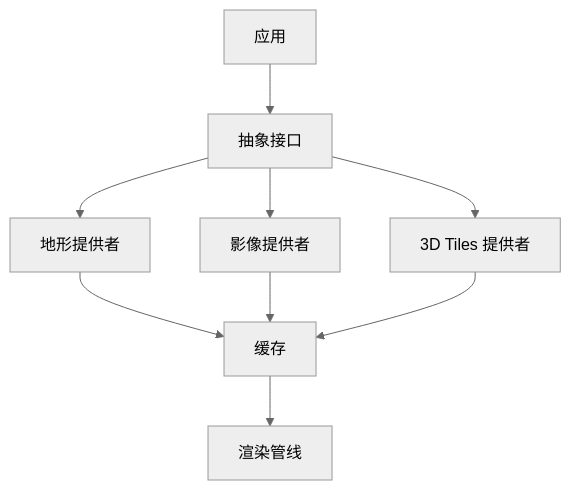
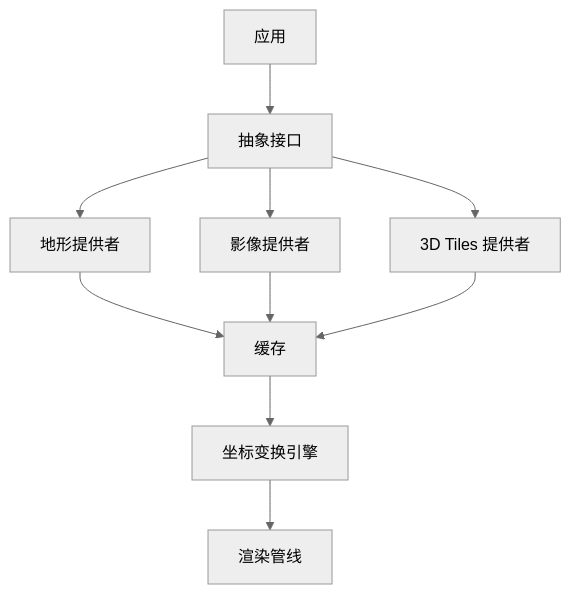
One commit to rzhangjing/cesium changed the seventh of 7 diagrams in .qoder/repowiki/zh/content/数据提供者/数据提供者.md. Above: the diagram before and after it, drawn with Mermaid (neutral theme). The commit also changed other lines of this file and 52 other files, not shown here.

````diff
--- a/.qoder/repowiki/zh/content/数据提供者/数据提供者.md
+++ b/.qoder/repowiki/zh/content/数据提供者/数据提供者.md
@@ -262,11 +289,12 @@
 ```mermaid
 graph TB
 App["应用"] --> API["抽象接口"]
 API --> TProv["地形提供者"]
 API --> IProv["影像提供者"]
 API --> DTProv["3D Tiles 提供者"]
 TProv --> Cache["缓存"]
 IProv --> Cache
 DTProv --> Cache
-Cache --> Render["渲染管线"]
+Cache --> Coord["坐标变换引擎"]
+Coord --> Render["渲染管线"]
 ```
````
